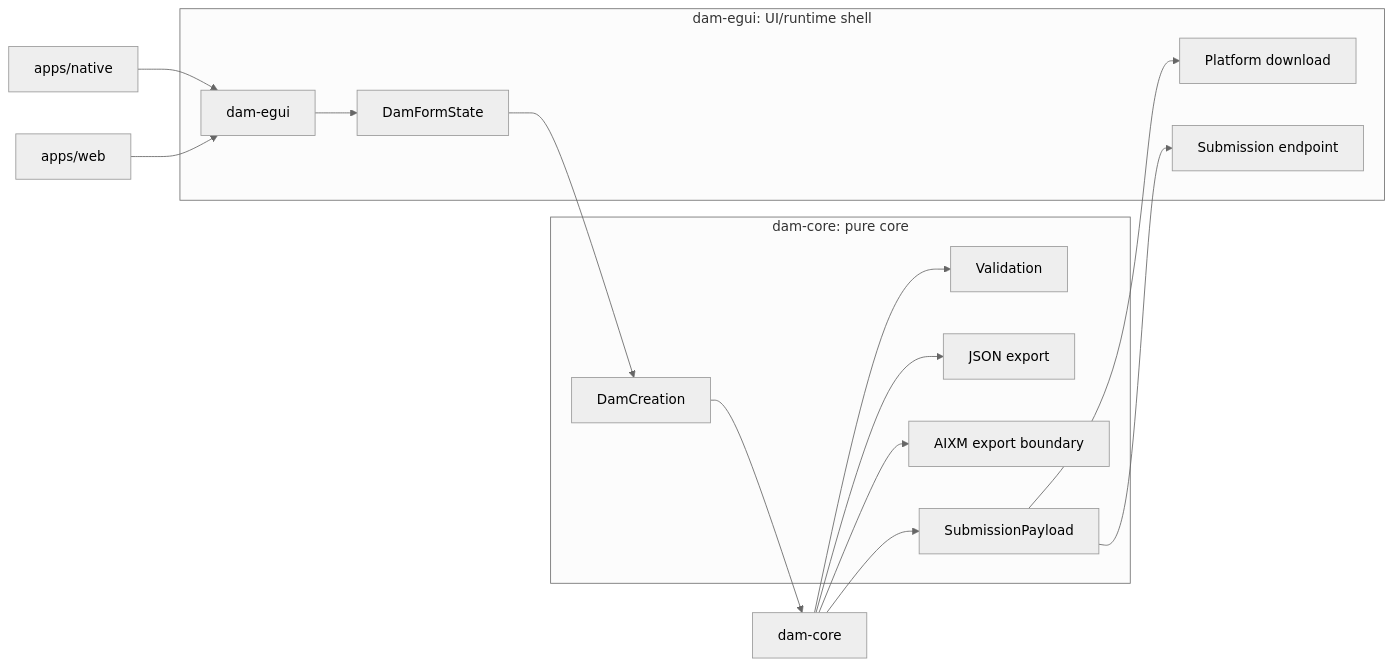
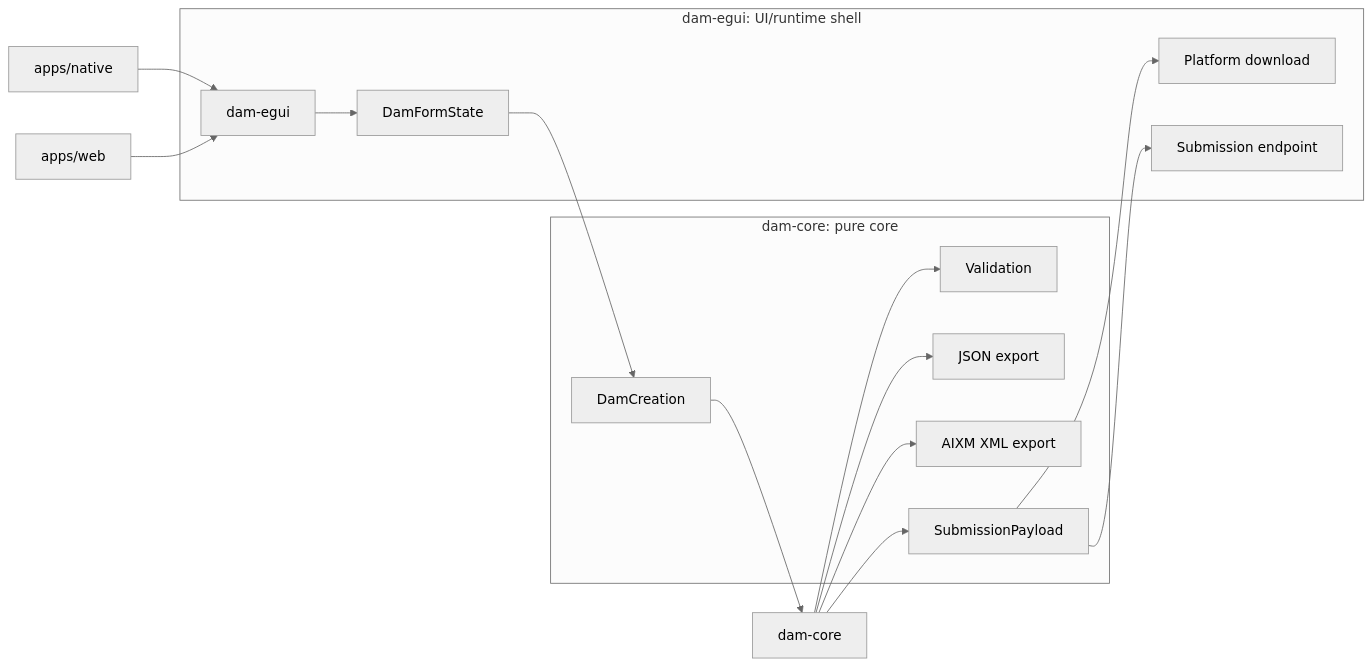
The diagram in docs/architecture.md (laurentDellaNegra/DAM-creation-tool), drawn with Mermaid (neutral theme) before and after one commit. The commit also changed other lines of this file and 5 other files, not shown here.

````diff
--- a/docs/architecture.md
+++ b/docs/architecture.md
@@ -29,32 +45,32 @@
 ```mermaid
 flowchart LR
     Native[apps/native] --> Egui[dam-egui]
     Web[apps/web] --> Egui
 
     Egui --> FormState[DamFormState]
     FormState --> Creation[DamCreation]
     Creation --> Core[dam-core]
 
     Core --> Validation[Validation]
     Core --> Json[JSON export]
-    Core --> Aixm[AIXM export boundary]
+    Core --> Aixm[AIXM XML export]
     Core --> Payload[SubmissionPayload]
 
     Payload --> Download[Platform download]
     Payload --> Submit[Submission endpoint]
 
     subgraph CoreBoundary[dam-core: pure core]
         Creation
         Validation
         Json
         Aixm
         Payload
     end
 
     subgraph UiBoundary[dam-egui: UI/runtime shell]
         Egui
         FormState
         Download
         Submit
     end
 ```
````
